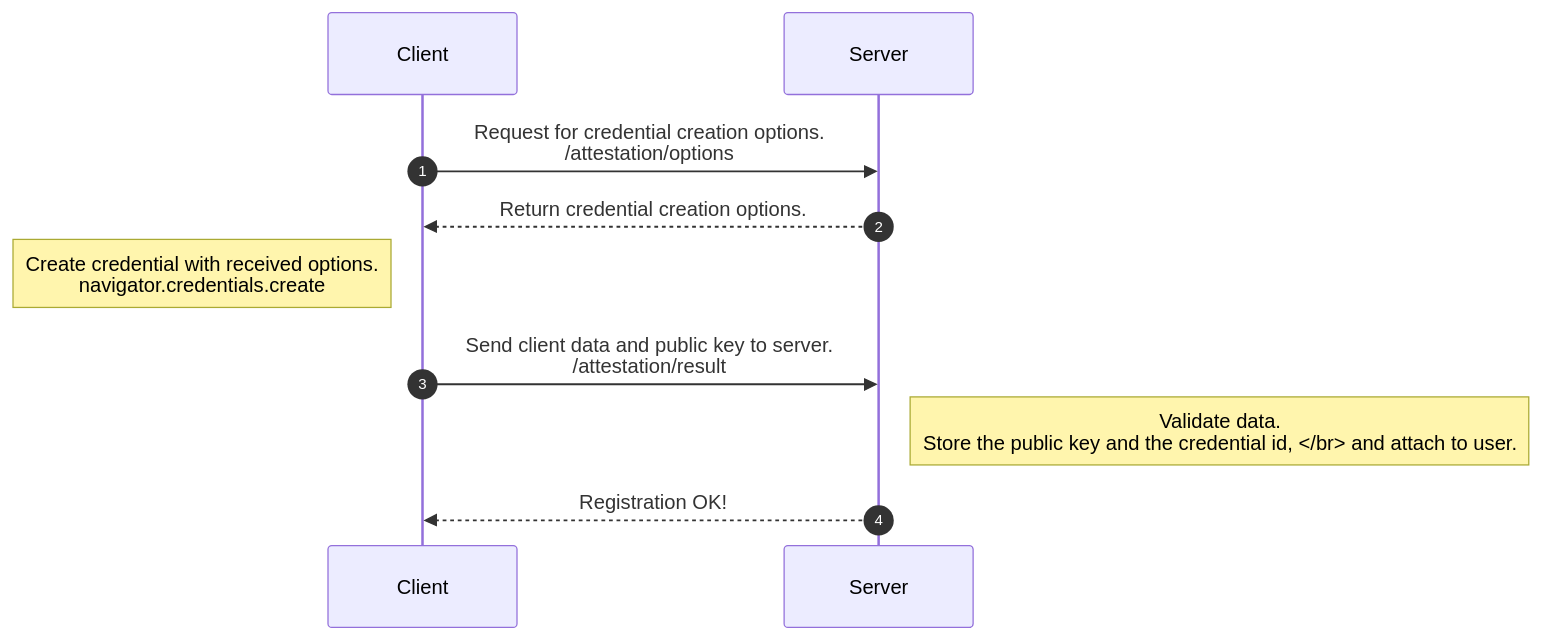
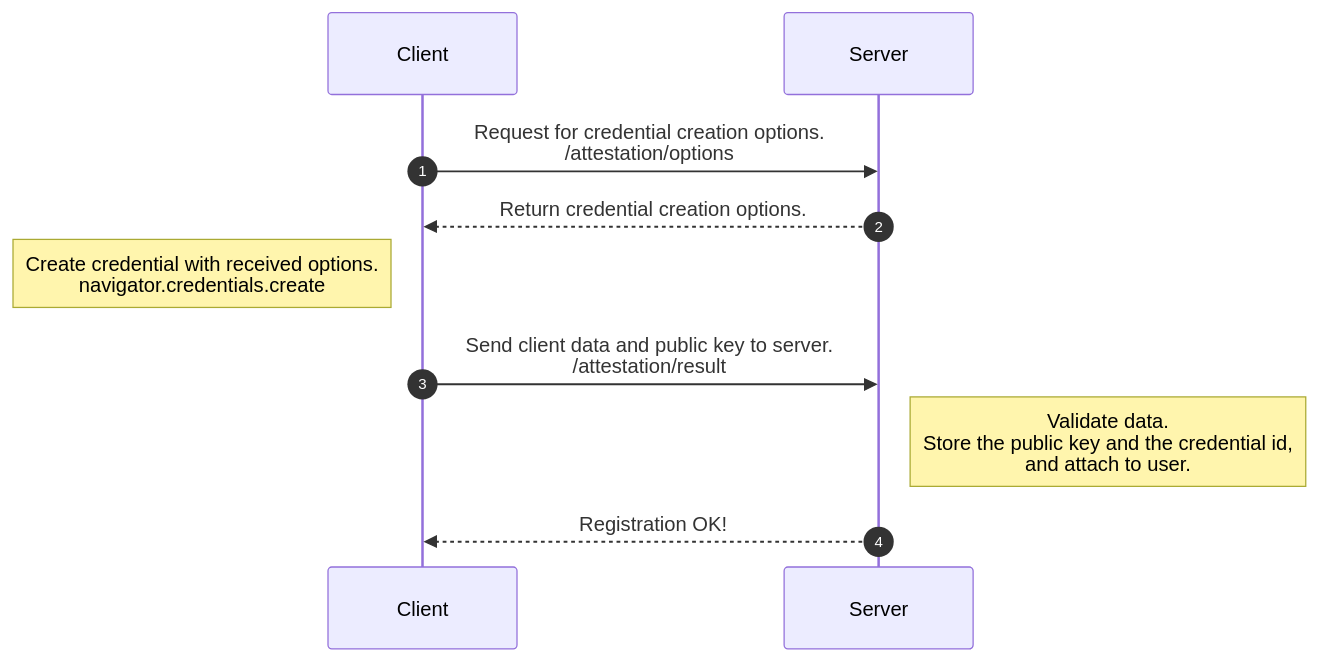
One commit to findy-network/findy-network.github.io changed the first of 2 diagrams in content/en/blog/basics-for-passwordless/index.md. Above: the diagram before and after it, drawn with Mermaid.

````diff
--- a/content/en/blog/basics-for-passwordless/index.md
+++ b/content/en/blog/basics-for-passwordless/index.md
@@ -89,12 +89,12 @@
 ```mermaid
 sequenceDiagram
     autonumber
     participant Client
     participant Server
     Client->>Server: Request for credential creation options.<br/>/attestation/options
     Server-->>Client: Return credential creation options.
     Note left of Client: Create credential with received options.<br/>navigator.credentials.create
     Client->>Server: Send client data and public key to server.<br/>/attestation/result
-    Note right of Server: Validate data. <br/> Store the public key and the credential id, </br> and attach to user.
+    Note right of Server: Validate data. <br/> Store the public key and the credential id, <br/> and attach to user.
     Server-->>Client: Registration OK!
 ```
````
